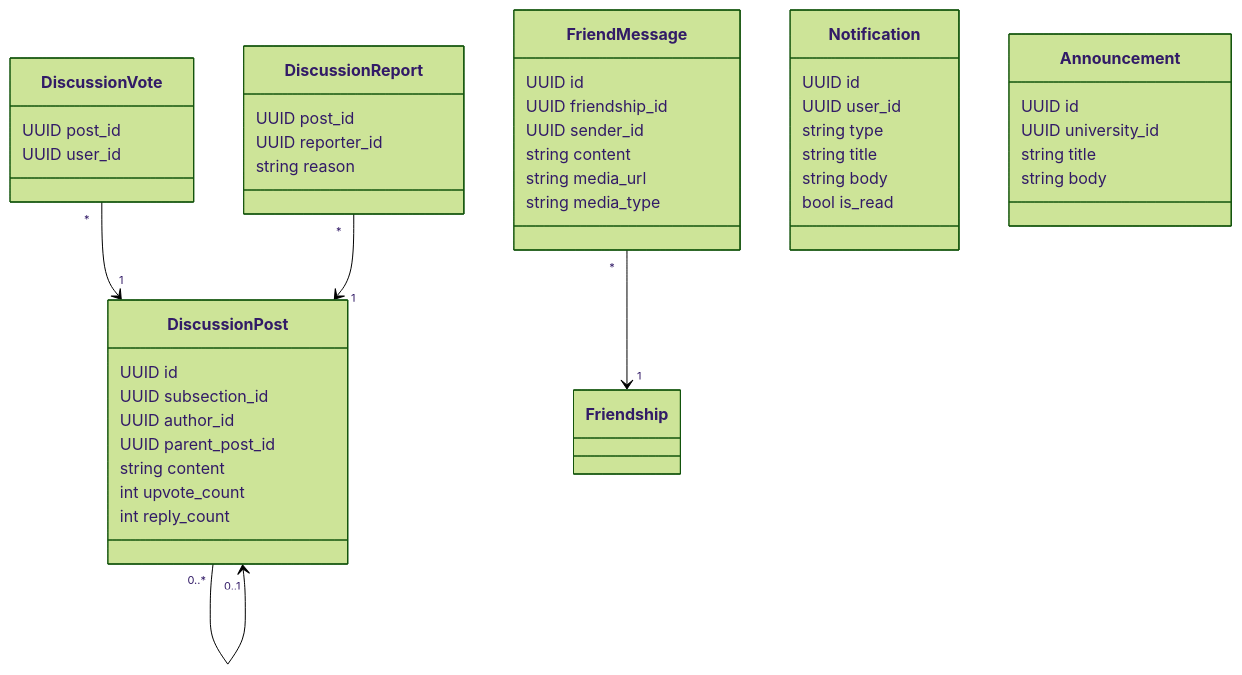
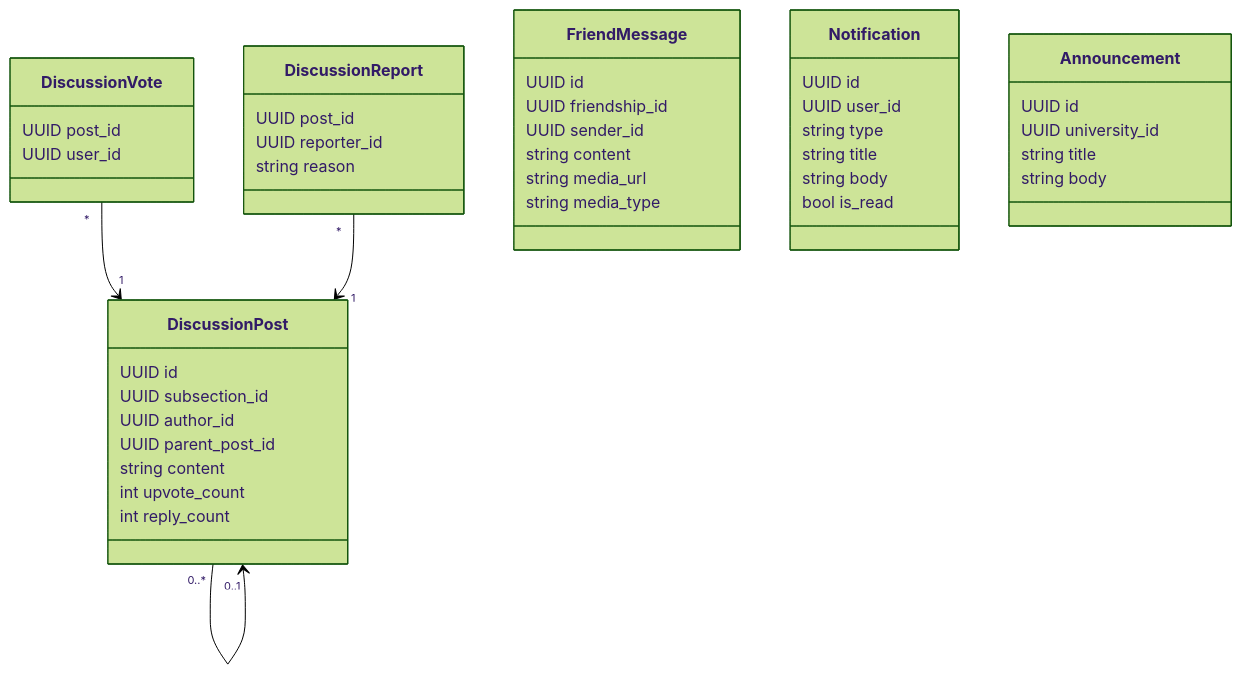
Before and after one commit to yazidha09/Hub4Learners: the second of 5 diagrams in docs/sprints/SPRINT_5.md, drawn with Mermaid (forest theme).

````diff
--- a/docs/sprints/SPRINT_5.md
+++ b/docs/sprints/SPRINT_5.md
@@ -72,53 +72,52 @@
 ```mermaid
 classDiagram
     class DiscussionPost {
         UUID id
         UUID subsection_id
         UUID author_id
         UUID parent_post_id
         string content
         int upvote_count
         int reply_count
     }
 
     class DiscussionVote {
         UUID post_id
         UUID user_id
     }
 
     class DiscussionReport {
         UUID post_id
         UUID reporter_id
         string reason
     }
 
     class FriendMessage {
         UUID id
         UUID friendship_id
         UUID sender_id
         string content
         string media_url
         string media_type
     }
 
     class Notification {
         UUID id
         UUID user_id
         string type
         string title
         string body
         bool is_read
     }
 
     class Announcement {
         UUID id
         UUID university_id
         string title
         string body
     }
 
     DiscussionPost "0..*" --> "0..1" DiscussionPost
     DiscussionVote "*" --> "1" DiscussionPost
     DiscussionReport "*" --> "1" DiscussionPost
-    FriendMessage "*" --> "1" Friendship
 ```
````
